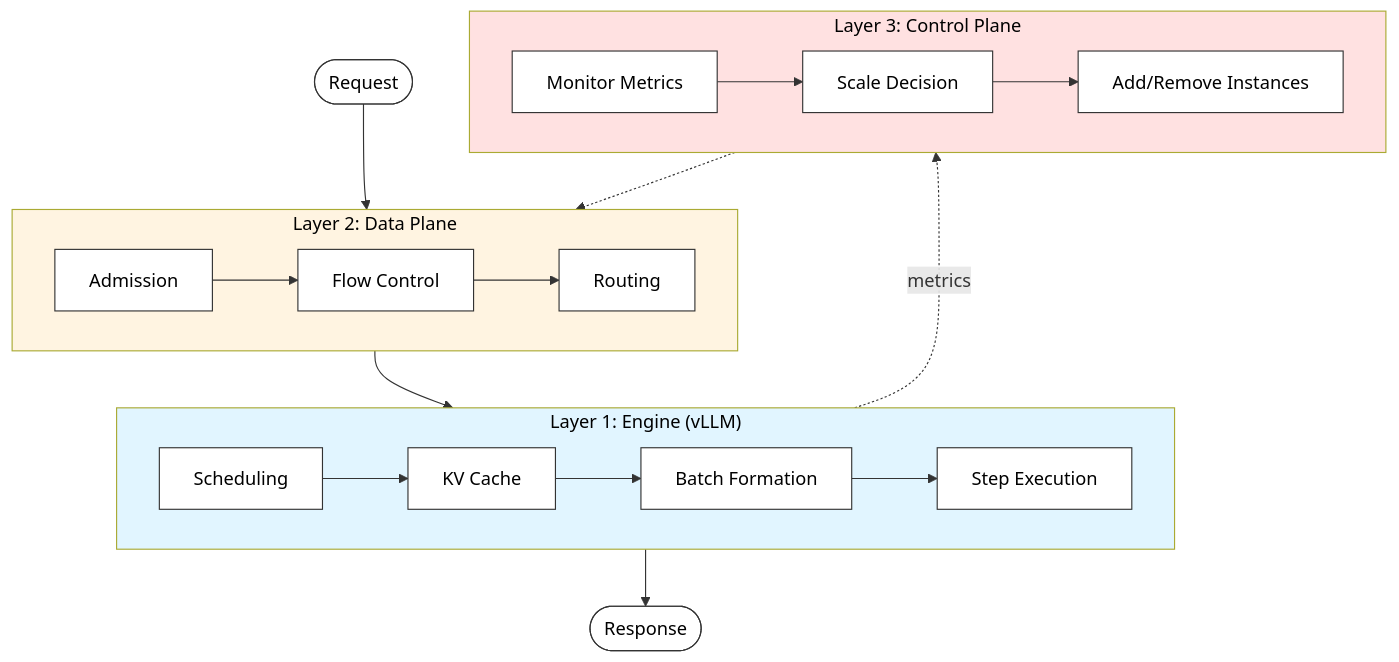
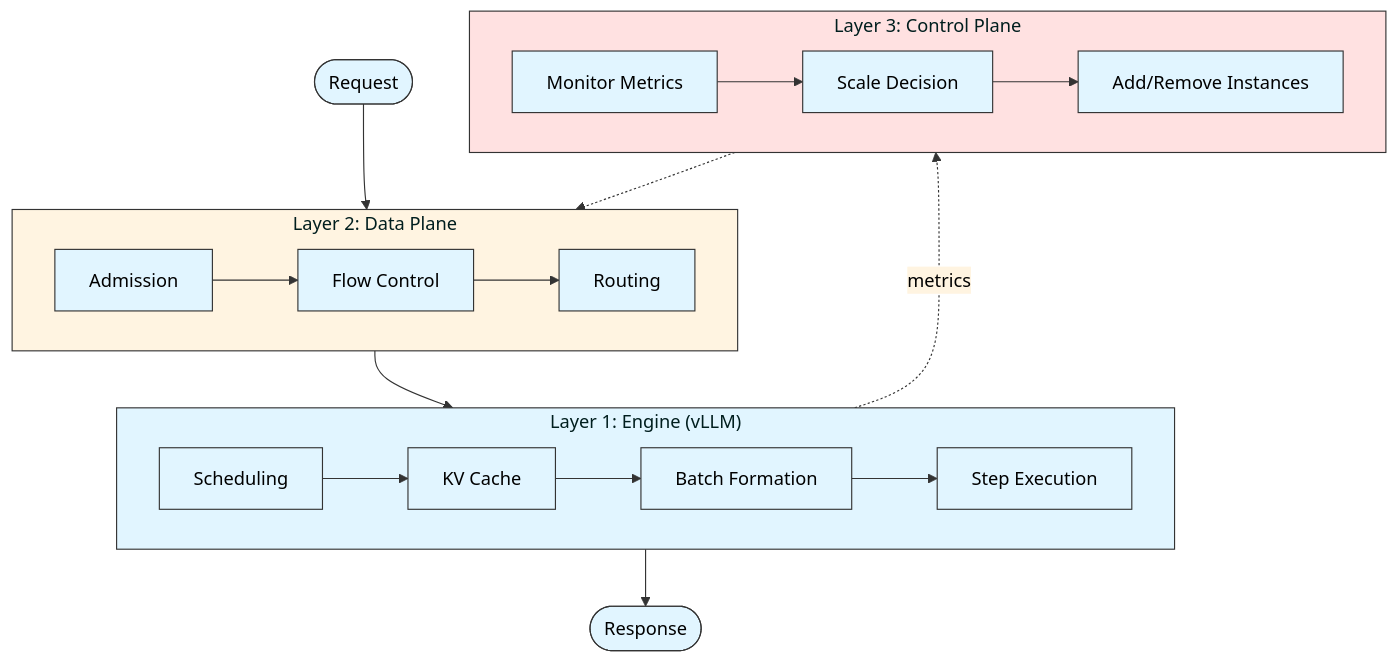
Before and after one commit to inference-sim/inference-sim: the diagram in docs/blog/posts/building-trust-physics-of-simulation.md, drawn with Mermaid.

Commit message:
fix(blog): use mermaid theme init to force black text in diagram

````diff
--- a/docs/blog/posts/building-trust-physics-of-simulation.md
+++ b/docs/blog/posts/building-trust-physics-of-simulation.md
@@ -39,46 +39,35 @@
 ```mermaid
+%%{init: {'theme':'base', 'themeVariables': { 'primaryColor':'#e1f5ff','primaryTextColor':'#000','primaryBorderColor':'#333','lineColor':'#333','secondaryColor':'#fff4e1','tertiaryColor':'#ffe1e1','noteBkgColor':'#fff','noteTextColor':'#000','noteBorderColor':'#333','textColor':'#000','fontSize':'16px'}}}%%
 flowchart TB
     subgraph Layer1["Layer 1: Engine (vLLM)"]
         Sched[Scheduling]
         KV[KV Cache]
         Batch[Batch Formation]
         Step[Step Execution]
         Sched --> KV --> Batch --> Step
     end
 
     subgraph Layer2["Layer 2: Data Plane"]
         Admit[Admission]
         Route[Routing]
         Flow[Flow Control]
         Admit --> Flow --> Route
     end
 
     subgraph Layer3["Layer 3: Control Plane"]
         Monitor[Monitor Metrics]
         Decide[Scale Decision]
         Actuate[Add/Remove Instances]
         Monitor --> Decide --> Actuate
     end
 
     Request([Request]) --> Layer2
     Layer2 --> Layer1
     Layer1 --> Response([Response])
     Layer3 -.-> Layer2
     Layer1 -.->|metrics| Layer3
 
-    style Layer1 fill:#e1f5ff,color:#000
-    style Layer2 fill:#fff4e1,color:#000
-    style Layer3 fill:#ffe1e1,color:#000
-    style Sched fill:#fff,stroke:#333,color:#000
-    style KV fill:#fff,stroke:#333,color:#000
-    style Batch fill:#fff,stroke:#333,color:#000
-    style Step fill:#fff,stroke:#333,color:#000
-    style Admit fill:#fff,stroke:#333,color:#000
-    style Route fill:#fff,stroke:#333,color:#000
-    style Flow fill:#fff,stroke:#333,color:#000
-    style Monitor fill:#fff,stroke:#333,color:#000
-    style Decide fill:#fff,stroke:#333,color:#000
-    style Actuate fill:#fff,stroke:#333,color:#000
-    style Request fill:#fff,stroke:#333,color:#000
-    style Response fill:#fff,stroke:#333,color:#000
+    style Layer1 fill:#e1f5ff,stroke:#333
+    style Layer2 fill:#fff4e1,stroke:#333
+    style Layer3 fill:#ffe1e1,stroke:#333
 ```
````
